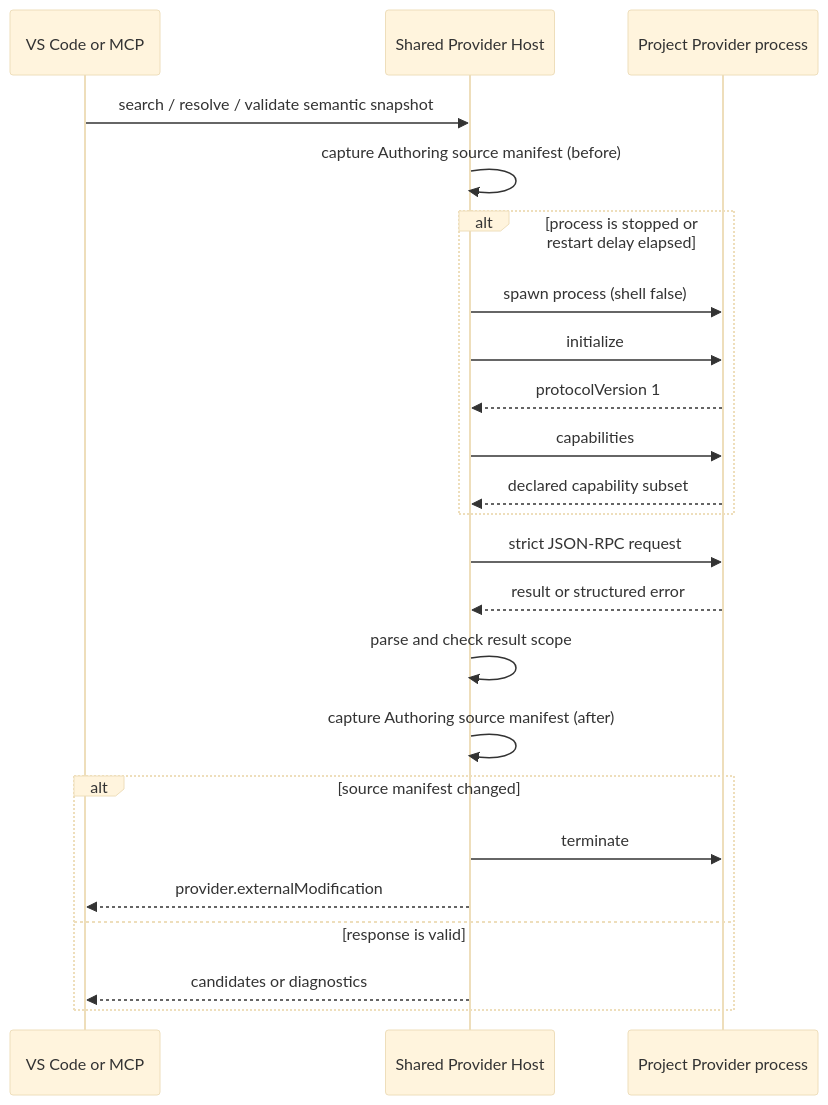
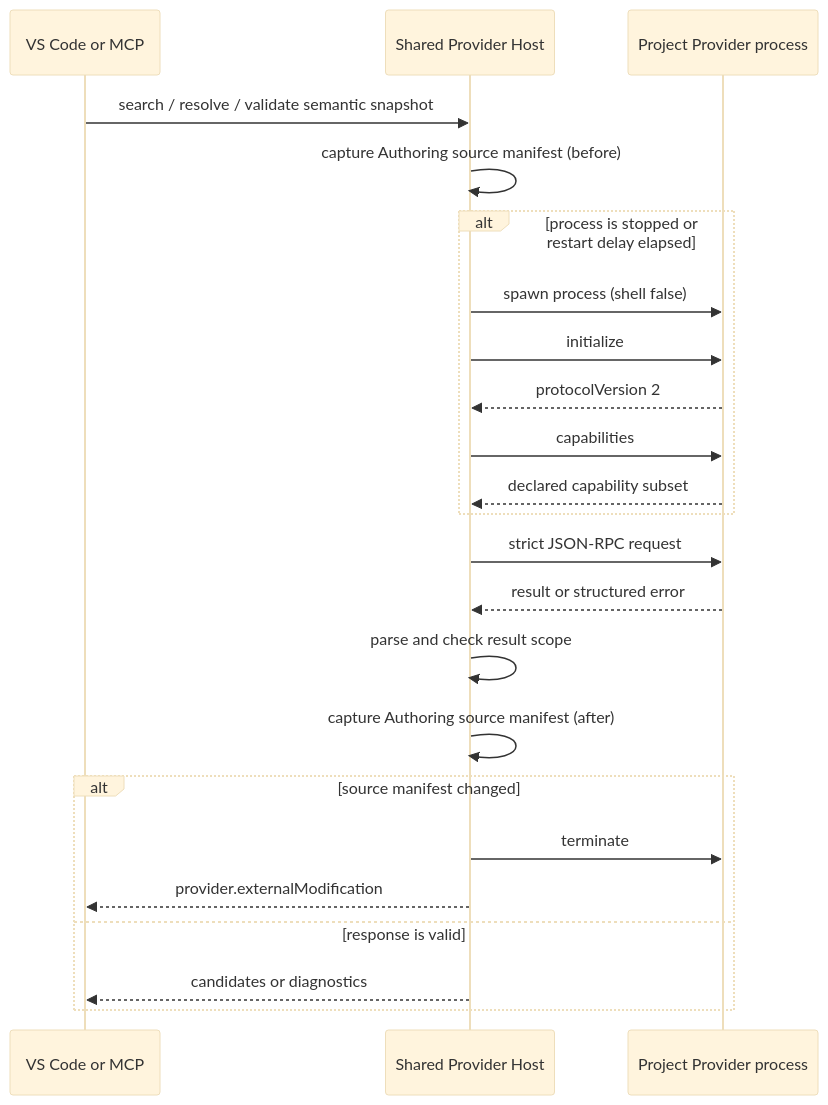
The second of 2 diagrams in Doc/ProjectProvider.md (zh880517/VisualBridge), drawn with Mermaid (base theme) before and after one commit. The commit also changed other lines of this file and 71 other files, not shown here.

````diff
--- a/Doc/ProjectProvider.md
+++ b/Doc/ProjectProvider.md
@@ -93,25 +97,25 @@
 ```mermaid
 sequenceDiagram
   participant Caller as VS Code or MCP
   participant Host as Shared Provider Host
   participant Provider as Project Provider process
   Caller->>Host: search / resolve / validate semantic snapshot
   Host->>Host: capture Authoring source manifest (before)
   alt process is stopped or restart delay elapsed
     Host->>Provider: spawn process (shell false)
     Host->>Provider: initialize
-    Provider-->>Host: protocolVersion 1
+    Provider-->>Host: protocolVersion 2
     Host->>Provider: capabilities
     Provider-->>Host: declared capability subset
   end
   Host->>Provider: strict JSON-RPC request
   Provider-->>Host: result or structured error
   Host->>Host: parse and check result scope
   Host->>Host: capture Authoring source manifest (after)
   alt source manifest changed
     Host->>Provider: terminate
     Host-->>Caller: provider.externalModification
   else response is valid
     Host-->>Caller: candidates or diagnostics
   end
 ```
````
